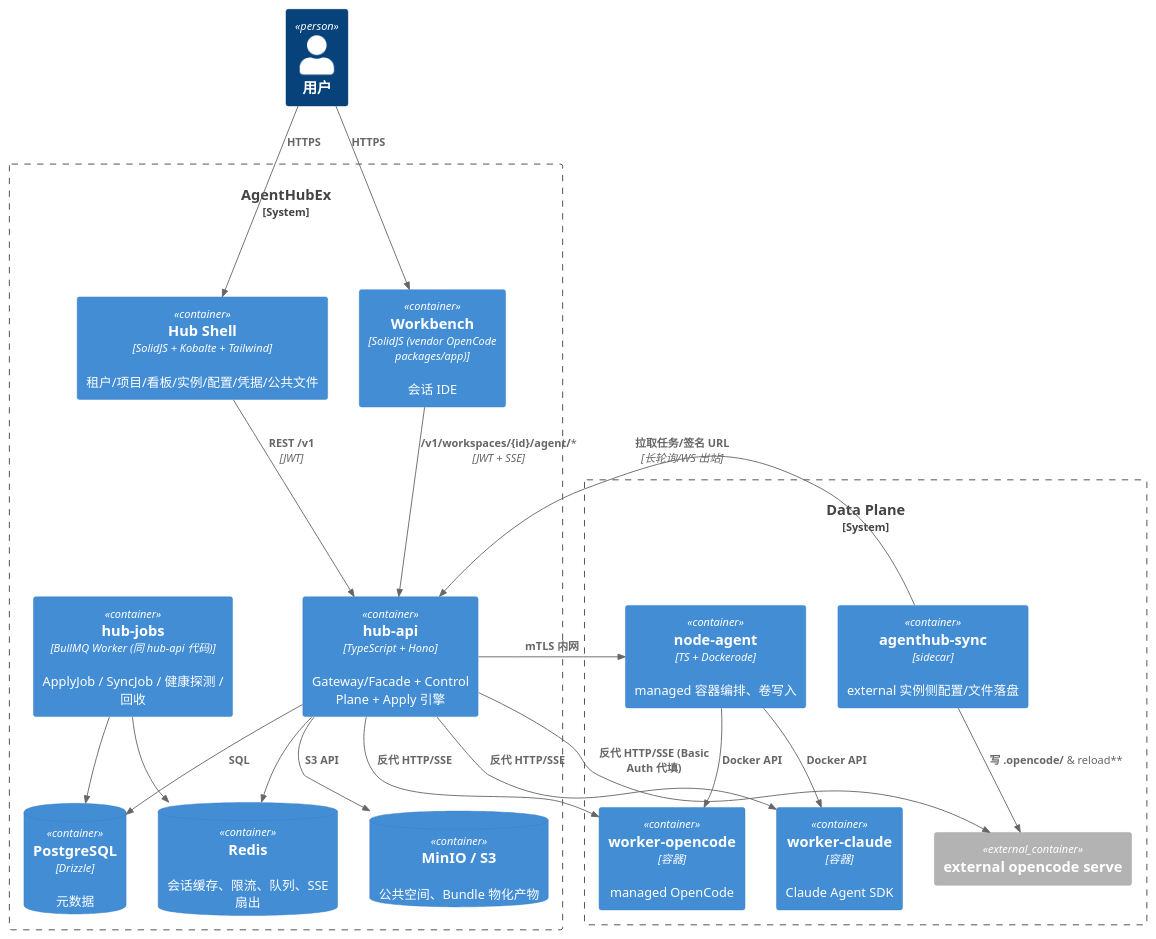
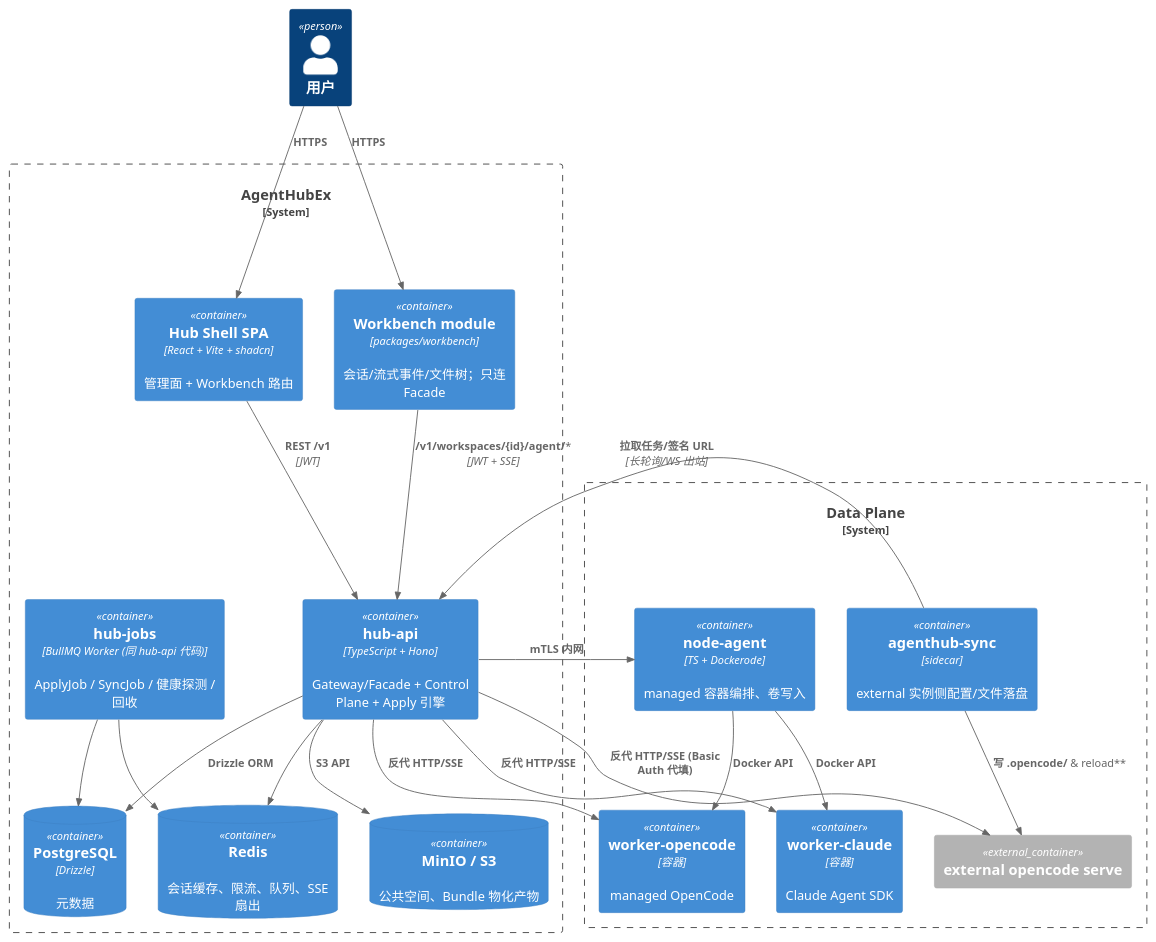
Before and after one commit to JackLuguibin/AgentHubEx: the second of 5 diagrams in docs/architecture/01-system-overview.md, drawn with PlantUML. The commit also changed other lines of this file and 18 other files, not shown here.

First line of the commit message:
docs: align architecture on React SPA, Drizzle, open-source, intranet

````diff
--- a/docs/architecture/01-system-overview.md
+++ b/docs/architecture/01-system-overview.md
@@ -44,44 +44,44 @@
 ```plantuml
 @startuml containers
 !include <C4/C4_Container>
 LAYOUT_TOP_DOWN()
 
 Person(user, "用户")
 
 System_Boundary(hub, "AgentHubEx") {
-  Container(shell, "Hub Shell", "SolidJS + Kobalte + Tailwind", "租户/项目/看板/实例/配置/凭据/公共文件")
-  Container(wb, "Workbench", "SolidJS (vendor OpenCode packages/app)", "会话 IDE")
+  Container(shell, "Hub Shell SPA", "React + Vite + shadcn", "管理面 + Workbench 路由")
+  Container(wb, "Workbench module", "packages/workbench", "会话/流式事件/文件树；只连 Facade")
   Container(api, "hub-api", "TypeScript + Hono", "Gateway/Facade + Control Plane + Apply 引擎")
   Container(worker_q, "hub-jobs", "BullMQ Worker (同 hub-api 代码)", "ApplyJob / SyncJob / 健康探测 / 回收")
   ContainerDb(pg, "PostgreSQL", "Drizzle", "元数据")
   ContainerDb(redis, "Redis", "", "会话缓存、限流、队列、SSE 扇出")
   ContainerDb(s3, "MinIO / S3", "", "公共空间、Bundle 物化产物")
 }
 
 System_Boundary(dp, "Data Plane") {
   Container(na, "node-agent", "TS + Dockerode", "managed 容器编排、卷写入")
   Container(woc, "worker-opencode", "容器", "managed OpenCode")
   Container(wcl, "worker-claude", "容器", "Claude Agent SDK")
   Container(sync, "agenthub-sync", "sidecar", "external 实例侧配置/文件落盘")
   Container_Ext(ext, "external opencode serve", "", "")
 }
 
 Rel(user, shell, "HTTPS")
 Rel(user, wb, "HTTPS")
 Rel(shell, api, "REST /v1", "JWT")
 Rel(wb, api, "/v1/workspaces/{id}/agent/*", "JWT + SSE")
-Rel(api, pg, "SQL")
+Rel(api, pg, "Drizzle ORM")
 Rel(api, redis, "")
 Rel(api, s3, "S3 API")
 Rel(worker_q, pg, "")
 Rel(worker_q, redis, "")
 Rel(api, na, "mTLS 内网")
 Rel(na, woc, "Docker API")
 Rel(na, wcl, "Docker API")
 Rel(api, woc, "反代 HTTP/SSE")
 Rel(api, wcl, "反代 HTTP/SSE")
 Rel(api, ext, "反代 HTTP/SSE (Basic Auth 代填)")
 Rel(sync, api, "拉取任务/签名 URL", "长轮询/WS 出站")
 Rel(sync, ext, "写 .opencode/** & reload")
 @enduml
 ```
````
